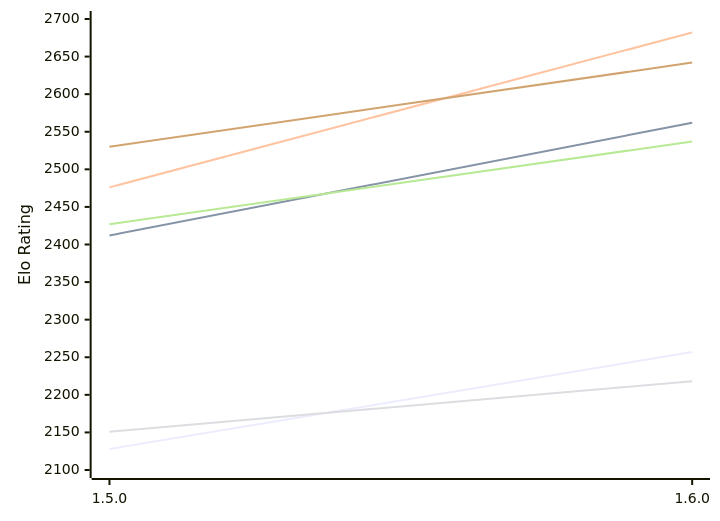
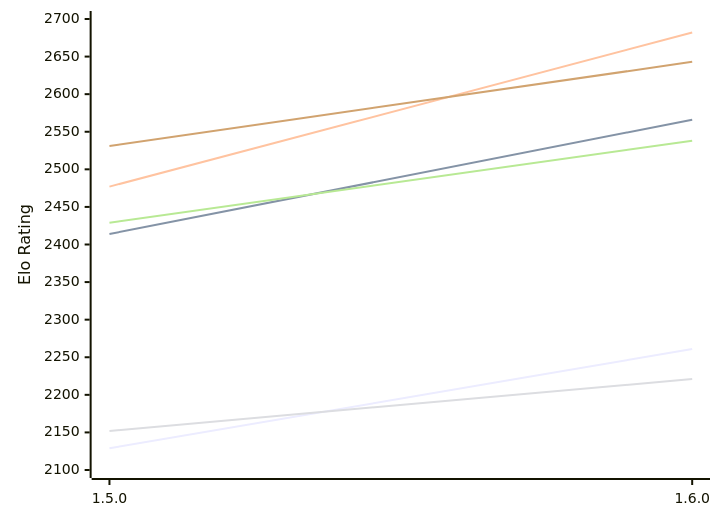
The first of 2 diagrams in engines/Tofiks.md (computer-chess-index/cci), drawn with Mermaid before and after one commit. The commit also changed other lines of this file, not shown here.

Commit message:
Update CCI Ratings (ELO VLTC) - 2026-11-19

````diff
--- a/engines/Tofiks.md
+++ b/engines/Tofiks.md
@@ -51,12 +51,12 @@
 ```mermaid
 %%{init: {"theme":"base","themeVariables":{"seriesColors:['#a3a3a3','#222221','#faa371']}}}%%
 xychart-beta
   x-axis ["1.5.0", "1.6.0"]
   y-axis "Elo Rating" 2100 --> 2700
-  line "E1: STC (8.0+0.08s)" [2128, 2257]
-  line "E1: LTC (60.0+0.60s)" [2412, 2562]
-  line "E1: VLTC (2m24s+1.12s)" [2476, 2682]
-  line "P1: STC (8.0+0.08s)" [2151, 2218]
-  line "P1: LTC (60.0+0.60s)" [2427, 2537]
-  line "P1: VLTC (2m24s+1.12s)" [2530, 2642]
+  line "E1: STC (8.0+0.08s)" [2129, 2261]
+  line "E1: LTC (60.0+0.60s)" [2414, 2566]
+  line "E1: VLTC (2m24s+1.12s)" [2477, 2682]
+  line "P1: STC (8.0+0.08s)" [2152, 2221]
+  line "P1: LTC (60.0+0.60s)" [2429, 2538]
+  line "P1: VLTC (2m24s+1.12s)" [2531, 2643]
 ```
````
